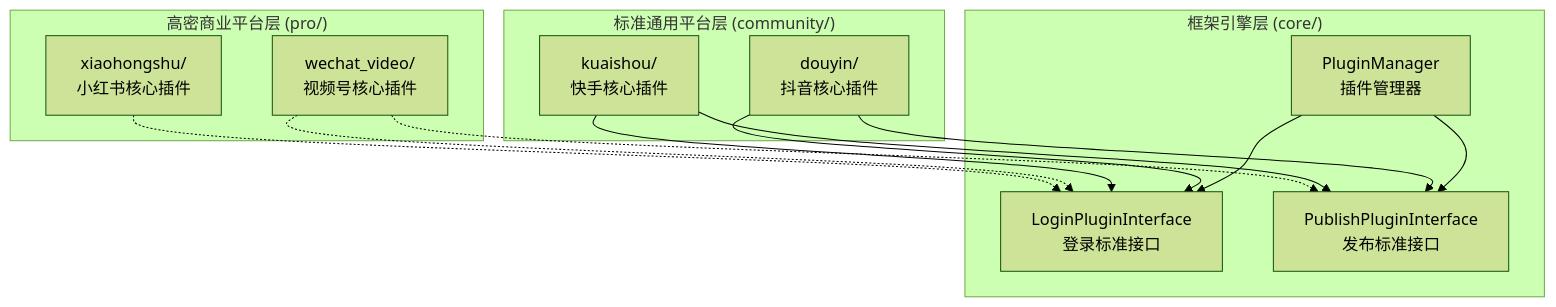
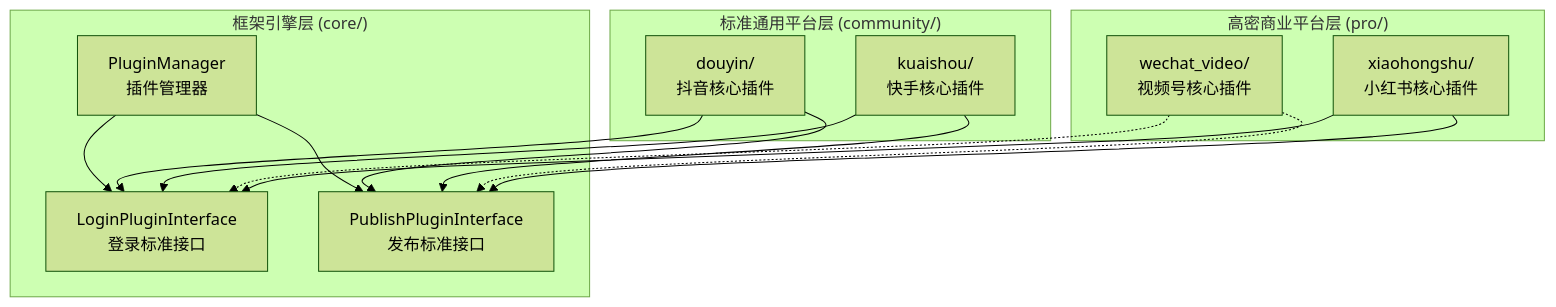
Before and after one commit to chitang818/wemedia-baby: the first of 2 diagrams in docs/03插件系统/3.0插件系统介绍.md, drawn with Mermaid (forest theme). The commit also changed other lines of this file and 43 other files, not shown here.

````diff
--- a/docs/03插件系统/3.0插件系统介绍.md
+++ b/docs/03插件系统/3.0插件系统介绍.md
@@ -29,25 +29,25 @@
 ```mermaid
 graph TB
     subgraph core["框架引擎层 (core/)"]
         PM[PluginManager<br/>插件管理器]
         LI[LoginPluginInterface<br/>登录标准接口]
         PI[PublishPluginInterface<br/>发布标准接口]
     end
 
     subgraph community["标准通用平台层 (community/)"]
         DY[douyin/<br/>抖音核心插件]
         KS[kuaishou/<br/>快手核心插件]
     end
 
     subgraph pro["高密商业平台层 (pro/)"]
         WX[wechat_video/<br/>视频号核心插件]
         XHS[xiaohongshu/<br/>小红书核心插件]
     end
 
     PM --> LI
     PM --> PI
     DY --> LI & PI
     KS --> LI & PI
     WX -.-> LI & PI
-    XHS -.-> LI
+    XHS --> LI & PI
 ```
````
